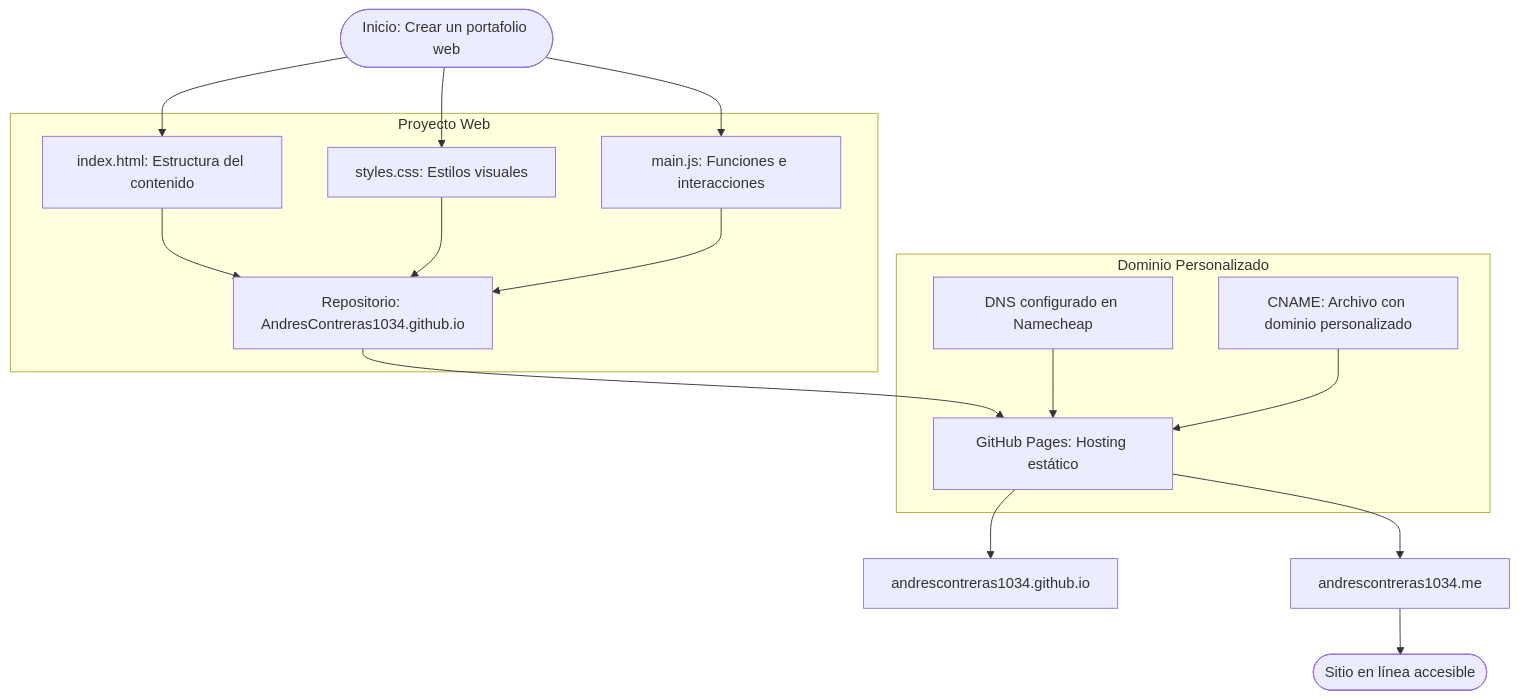
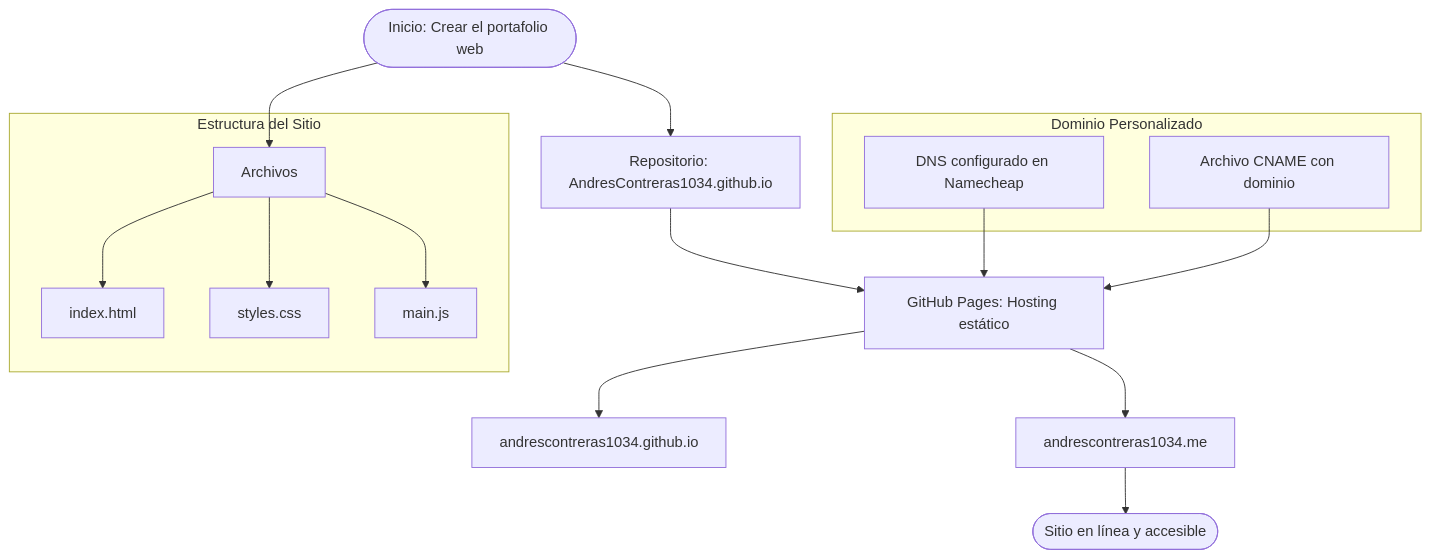
One commit to AndresContreras1034/AndresContreras1034.github.io changed the diagram in README.md. Above: the diagram before and after it, drawn with Mermaid.

````diff
--- a/README.md
+++ b/README.md
@@ -1,27 +1,31 @@
 ```mermaid
 graph TD
 
-Start([Inicio: Crear un portafolio web]) --> HTML[index.html: Estructura del contenido]
-Start --> CSS[styles.css: Estilos visuales]
-Start --> JS[main.js: Funciones e interacciones]
+Start([Inicio: Crear el portafolio web])
 
-subgraph Proyecto Web
-  HTML --> Repo[Repositorio: AndresContreras1034.github.io]
-  CSS --> Repo
-  JS --> Repo
+Start --> Archivos
+Start --> Repo
+
+subgraph Estructura del Sitio
+  Archivos --> HTML[index.html]
+  Archivos --> CSS[styles.css]
+  Archivos --> JS[main.js]
 end
 
+Repo[Repositorio: AndresContreras1034.github.io]
 Repo --> GitHubPages[GitHub Pages: Hosting estático]
-GitHubPages --> Publicado[andrescontreras1034.github.io]
+GitHubPages --> WebGitHub[andrescontreras1034.github.io]
 
 subgraph Dominio Personalizado
-  CNAME[CNAME: Archivo con dominio personalizado]
   DNS[DNS configurado en Namecheap]
-  DNS --> GitHubPages
-  CNAME --> GitHubPages
+  CNAME[Archivo CNAME con dominio]
 end
 
-GitHubPages --> DominioFinal[andrescontreras1034.me]
-DominioFinal --> Final([Sitio en línea accesible])
+DNS --> GitHubPages
+CNAME --> GitHubPages
+
+GitHubPages --> WebFinal[andrescontreras1034.me]
+WebFinal --> Fin([Sitio en línea y accesible])
+
 
 ```
````
